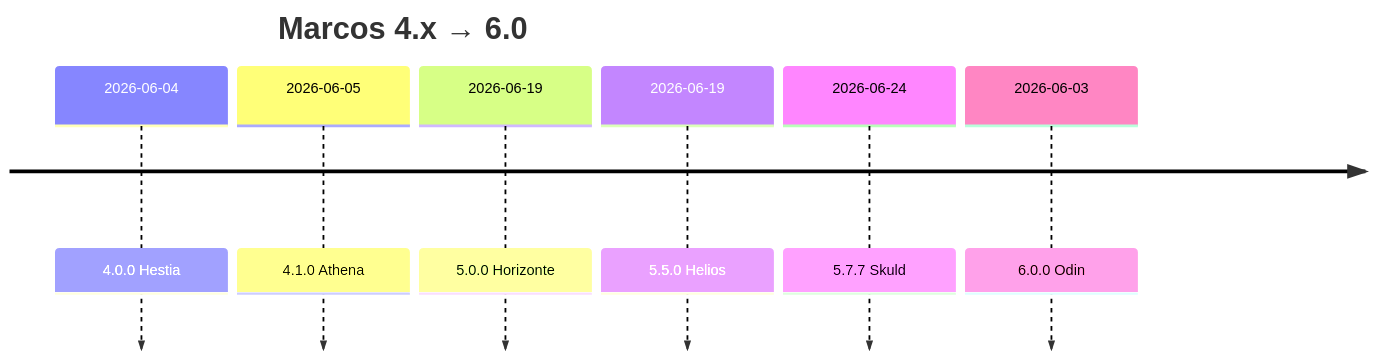
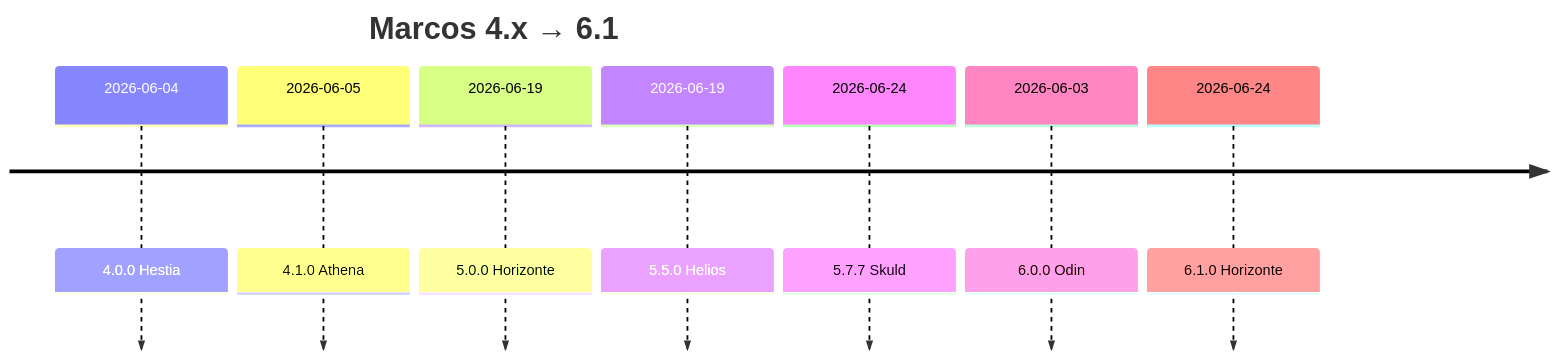
Before and after one commit to JaderGabriel/serventec-servlitcys: the second of 4 diagrams in docs/HUB_DOCUMENTACAO.md, drawn with Mermaid. The commit also changed other lines of this file and 56 other files, not shown here.

````diff
--- a/docs/HUB_DOCUMENTACAO.md
+++ b/docs/HUB_DOCUMENTACAO.md
@@ -85,10 +86,11 @@
 ```mermaid
 timeline
-    title Marcos 4.x → 6.0
+    title Marcos 4.x → 6.1
     2026-06-04 : 4.0.0 Hestia
     2026-06-05 : 4.1.0 Athena
     2026-06-19 : 5.0.0 Horizonte
     2026-06-19 : 5.5.0 Helios
     2026-06-24 : 5.7.7 Skuld
     2026-06-03 : 6.0.0 Odin
+    2026-06-24 : 6.1.0 Horizonte
 ```
````
